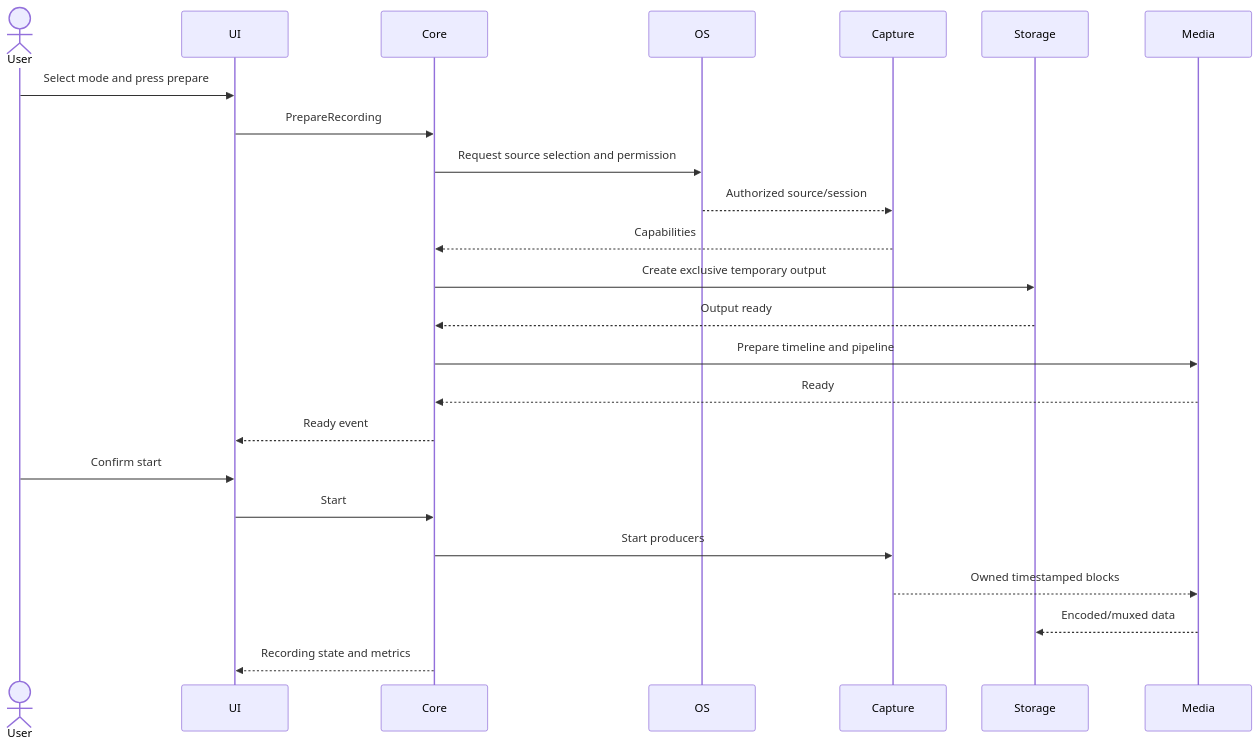
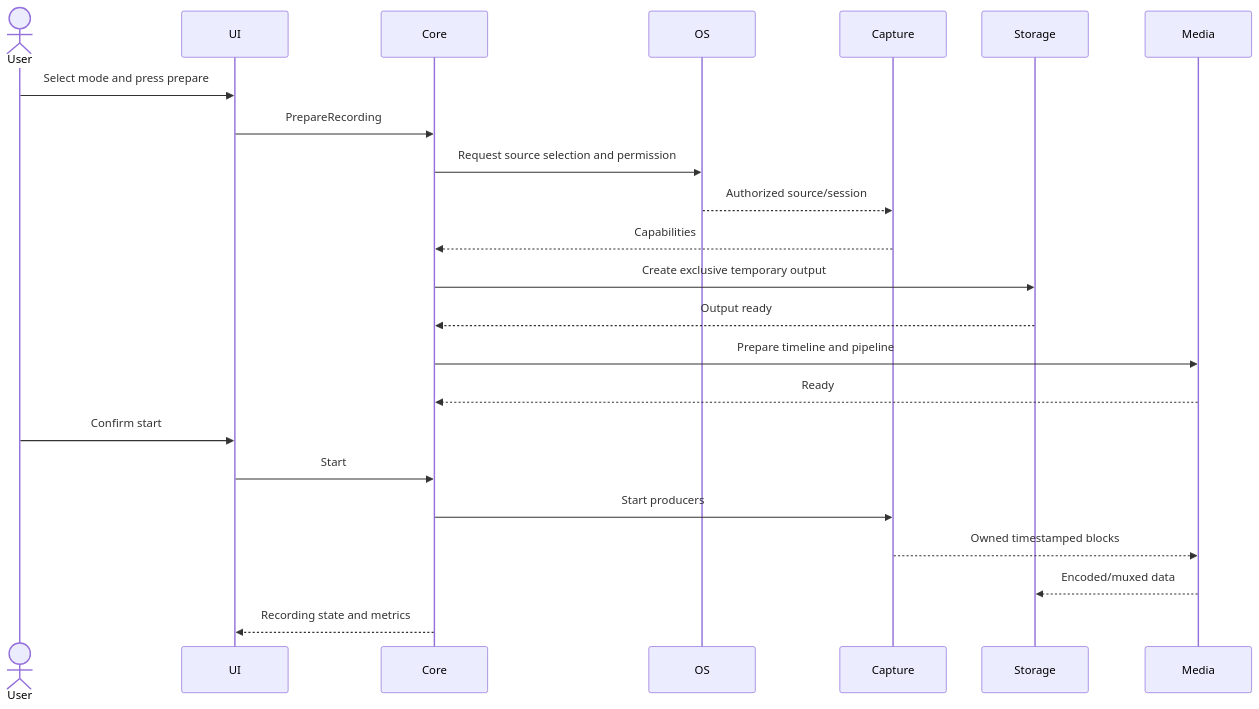
One commit to Danny4927/framelet-recorder changed the second of 3 diagrams in docs/architecture/arc42.md. Above: the diagram before and after it, drawn with Mermaid. The commit also changed other lines of this file and 5 other files, not shown here.

```diff
--- a/docs/architecture/arc42.md
+++ b/docs/architecture/arc42.md
@@ -189,26 +164,25 @@
 ~~~mermaid
 sequenceDiagram
   actor User
   participant UI
   participant Core
   participant OS
   participant Capture
   participant Storage
   participant Media
   User->>UI: Select mode and press prepare
   UI->>Core: PrepareRecording
   Core->>OS: Request source selection and permission
   OS-->>Capture: Authorized source/session
   Capture-->>Core: Capabilities
   Core->>Storage: Create exclusive temporary output
   Storage-->>Core: Output ready
   Core->>Media: Prepare timeline and pipeline
   Media-->>Core: Ready
-  Core-->>UI: Ready event
   User->>UI: Confirm start
   UI->>Core: Start
   Core->>Capture: Start producers
   Capture-->>Media: Owned timestamped blocks
   Media-->>Storage: Encoded/muxed data
   Core-->>UI: Recording state and metrics
 ~~~
```
